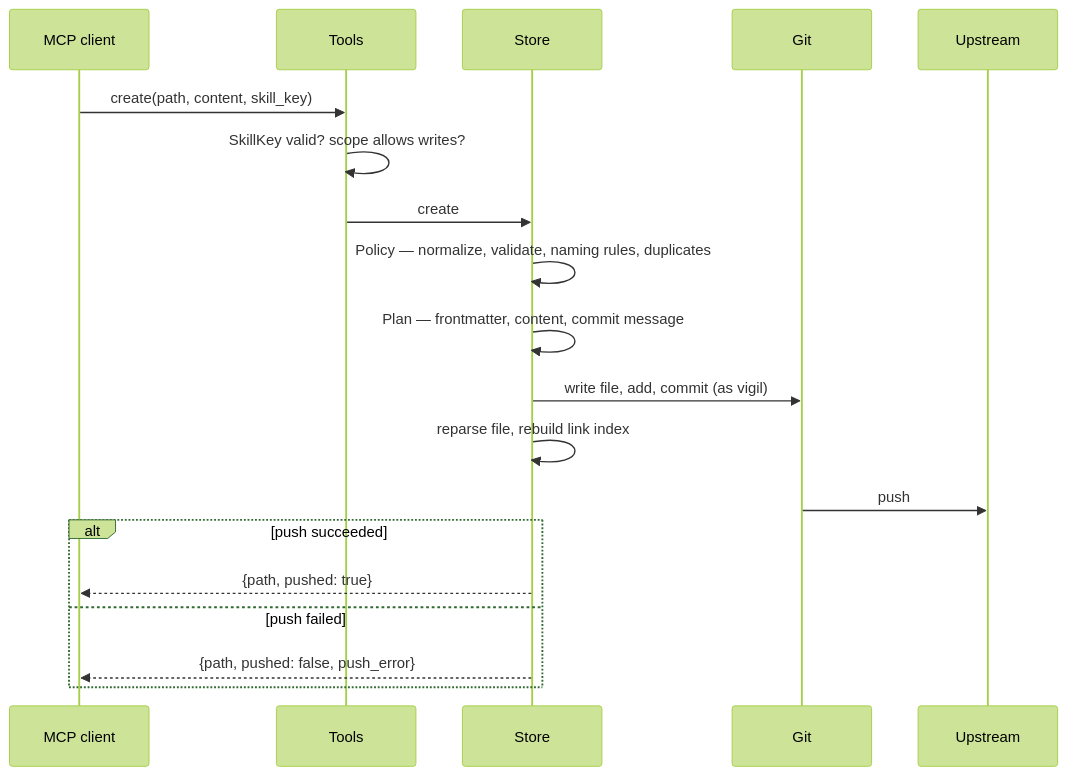
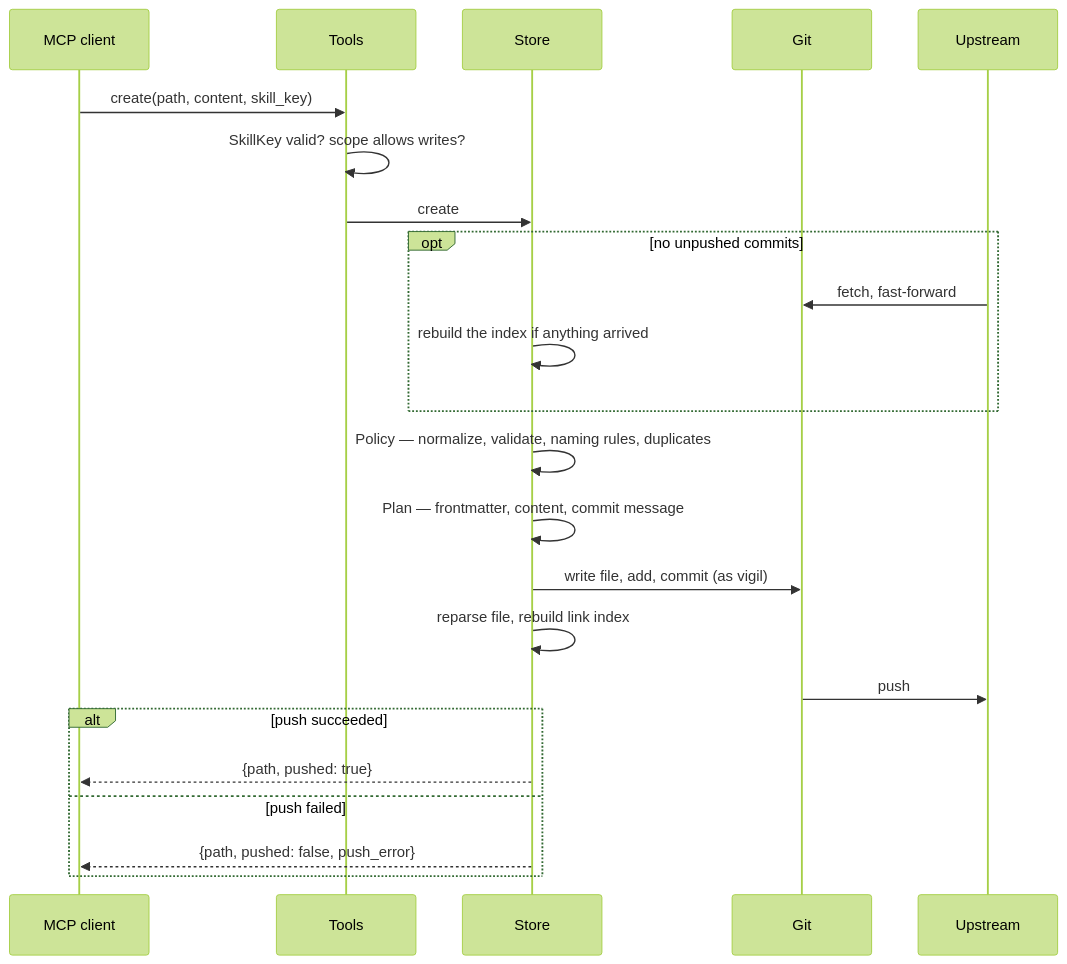
Before and after one commit to 64x-lunicorn/vigil: the third of 6 diagrams in docs/guide.md, drawn with Mermaid (forest theme). The commit also changed other lines of this file and 17 other files, not shown here.

````diff
--- a/docs/guide.md
+++ b/docs/guide.md
@@ -117,22 +120,26 @@
 ```mermaid
 sequenceDiagram
     participant Cl as MCP client
     participant T as Tools
     participant St as Store
     participant Git
     participant Up as Upstream
 
     Cl->>T: create(path, content, skill_key)
     T->>T: SkillKey valid? scope allows writes?
     T->>St: create
+    opt no unpushed commits
+        Up->>Git: fetch, fast-forward
+        St->>St: rebuild the index if anything arrived
+    end
     St->>St: Policy — normalize, validate, naming rules, duplicates
     St->>St: Plan — frontmatter, content, commit message
     St->>Git: write file, add, commit (as vigil)
     St->>St: reparse file, rebuild link index
     Git->>Up: push
     alt push succeeded
         St-->>Cl: {path, pushed: true}
     else push failed
         St-->>Cl: {path, pushed: false, push_error}
     end
 ```
````
